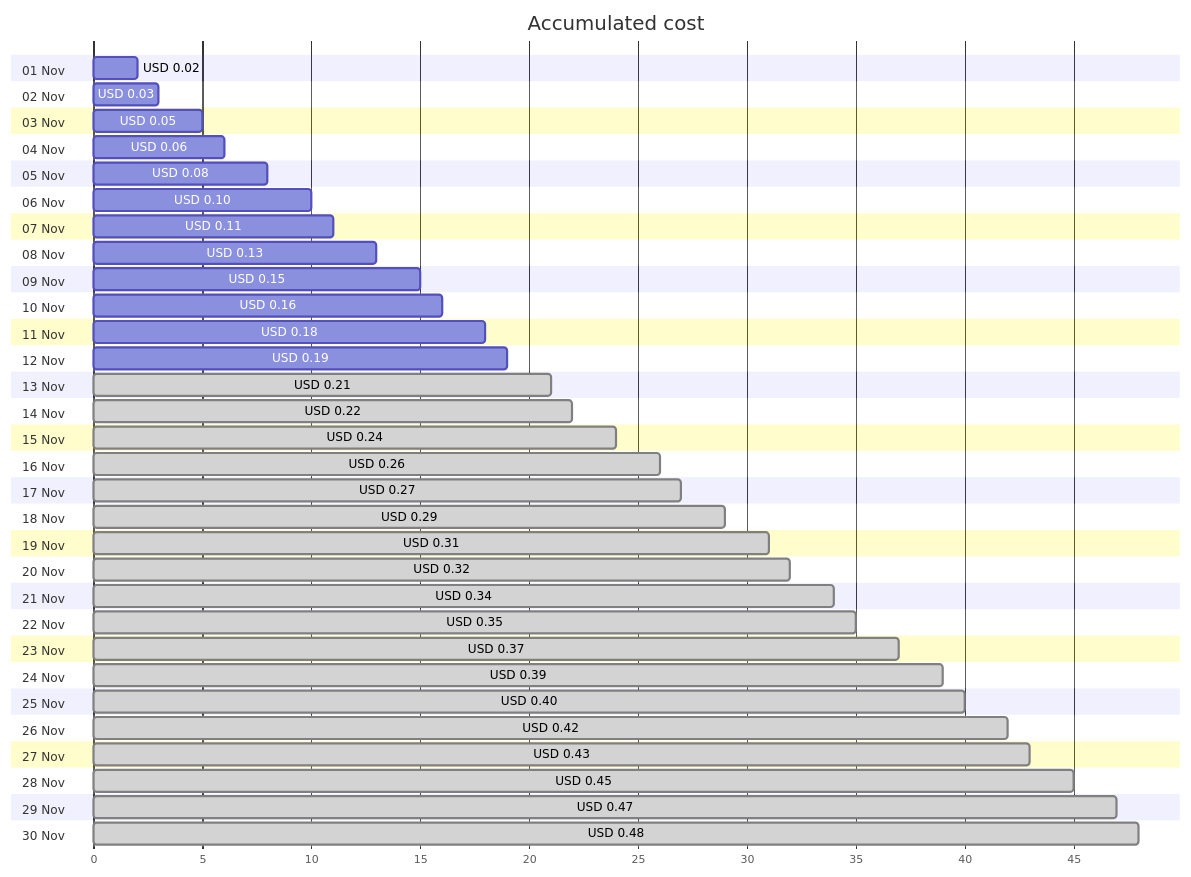
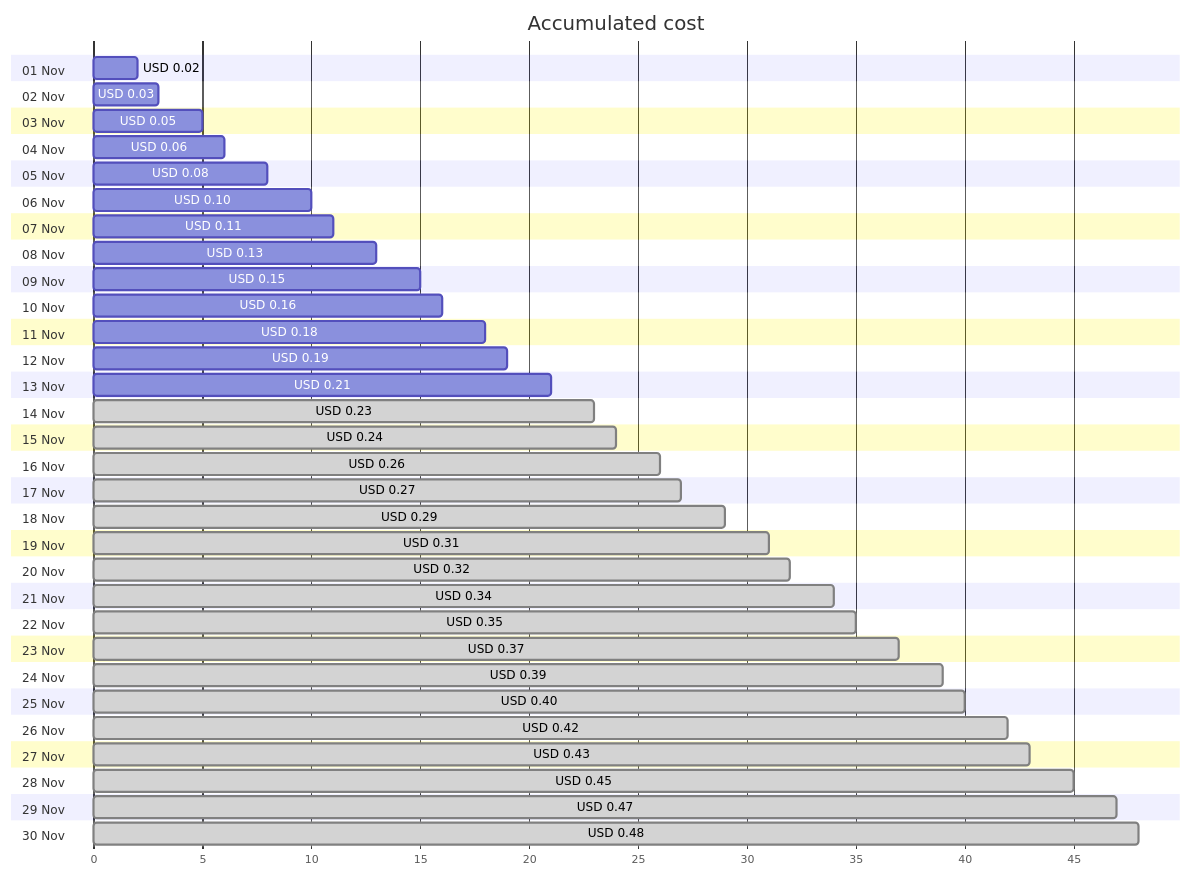
One commit to jpfulton/azure-personal-reports changed the first of 4 diagrams in cost-reports/personal-network/private.jpatrickfulton.com.md. Above: the diagram before and after it, drawn with Mermaid. The commit also changed other lines of this file and 8 other files, not shown here.

````diff
--- a/cost-reports/personal-network/private.jpatrickfulton.com.md
+++ b/cost-reports/personal-network/private.jpatrickfulton.com.md
@@ -20,66 +20,66 @@
 ```mermaid
 gantt
    title Accumulated cost
    dateFormat  X
    axisFormat %s
    section 01 Nov
    USD 0.02 :0, 2
    section 02 Nov
    USD 0.03 :0, 3
    section 03 Nov
    USD 0.05 :0, 5
    section 04 Nov
    USD 0.06 :0, 6
    section 05 Nov
    USD 0.08 :0, 8
    section 06 Nov
    USD 0.10 :0, 10
    section 07 Nov
    USD 0.11 :0, 11
    section 08 Nov
    USD 0.13 :0, 13
    section 09 Nov
    USD 0.15 :0, 15
    section 10 Nov
    USD 0.16 :0, 16
    section 11 Nov
    USD 0.18 :0, 18
    section 12 Nov
    USD 0.19 :0, 19
    section 13 Nov
-   USD 0.21 : done, 0, 21
+   USD 0.21 :0, 21
    section 14 Nov
-   USD 0.22 : done, 0, 22
+   USD 0.23 : done, 0, 23
    section 15 Nov
    USD 0.24 : done, 0, 24
    section 16 Nov
    USD 0.26 : done, 0, 26
    section 17 Nov
    USD 0.27 : done, 0, 27
    section 18 Nov
    USD 0.29 : done, 0, 29
    section 19 Nov
    USD 0.31 : done, 0, 31
    section 20 Nov
    USD 0.32 : done, 0, 32
    section 21 Nov
    USD 0.34 : done, 0, 34
    section 22 Nov
    USD 0.35 : done, 0, 35
    section 23 Nov
    USD 0.37 : done, 0, 37
    section 24 Nov
    USD 0.39 : done, 0, 39
    section 25 Nov
    USD 0.40 : done, 0, 40
    section 26 Nov
    USD 0.42 : done, 0, 42
    section 27 Nov
    USD 0.43 : done, 0, 43
    section 28 Nov
    USD 0.45 : done, 0, 45
    section 29 Nov
    USD 0.47 : done, 0, 47
    section 30 Nov
    USD 0.48 : done, 0, 48
 ```
````
